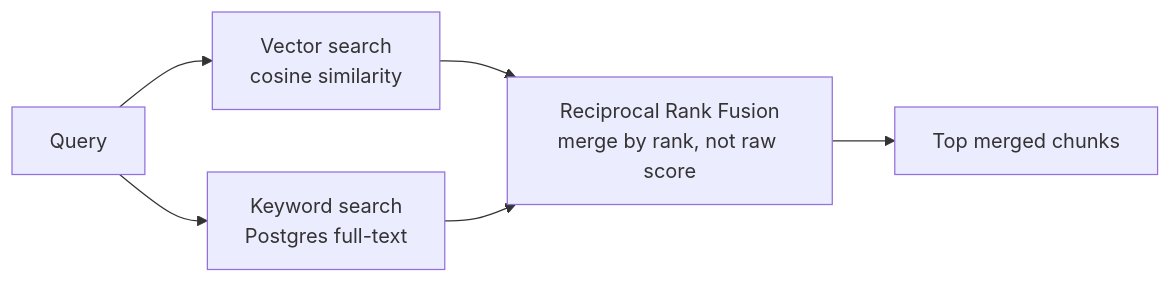
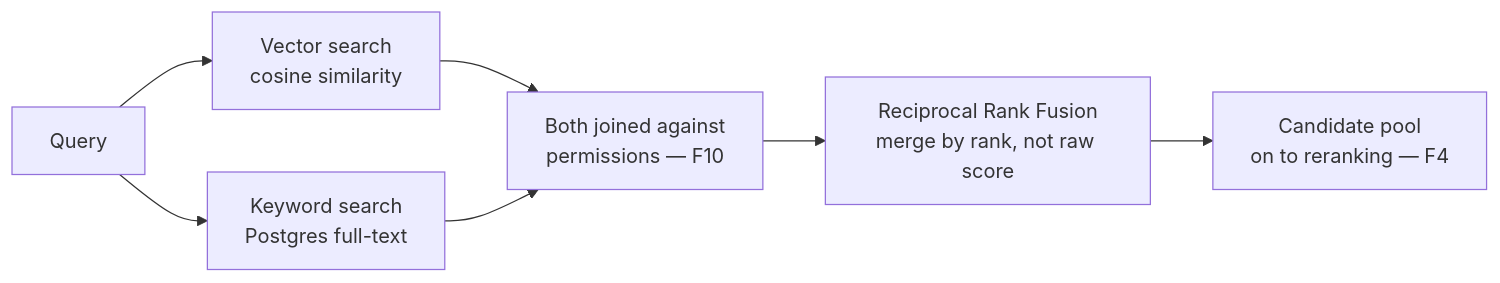
The fourth of 12 diagrams in knowledge-brain/docs/INTERVIEW_PREP.md (NavdeepTU/genai_projects), drawn with Mermaid before and after one commit. The commit also changed other lines of this file and 2 other files, not shown here.

````diff
--- a/knowledge-brain/docs/INTERVIEW_PREP.md
+++ b/knowledge-brain/docs/INTERVIEW_PREP.md
@@ -260,8 +267,9 @@
 ```mermaid
 flowchart LR
-    Q[Query] --> VEC[Vector search<br/>cosine similarity]
-    Q --> KW[Keyword search<br/>Postgres full-text]
-    VEC --> RRF[Reciprocal Rank Fusion<br/>merge by rank, not raw score]
-    KW --> RRF
-    RRF --> TOP[Top merged chunks]
+    Q[Query] --> VEC["Vector search<br/>cosine similarity"]
+    Q --> KW["Keyword search<br/>Postgres full-text"]
+    VEC --> JOIN["Both joined against<br/>permissions — F10"]
+    KW --> JOIN
+    JOIN --> RRF[Reciprocal Rank Fusion<br/>merge by rank, not raw score]
+    RRF --> TOP["Candidate pool<br/>on to reranking — F4"]
 ```
````
